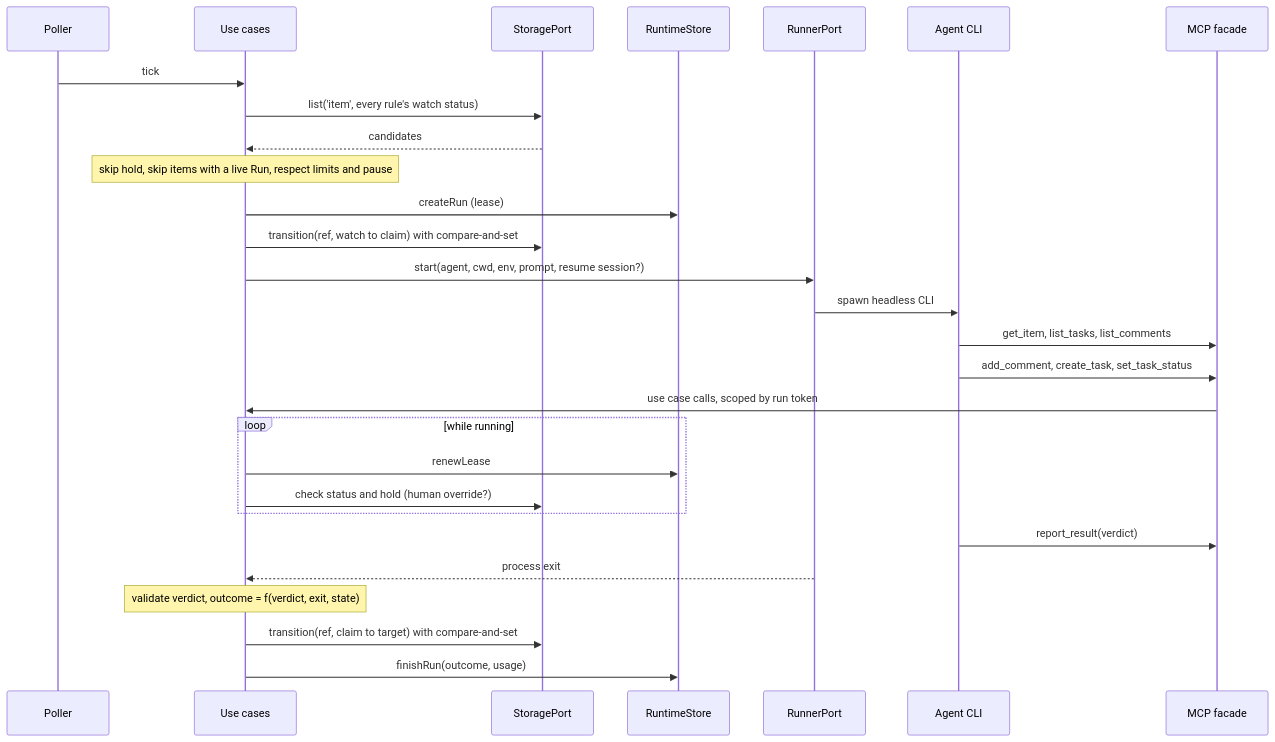
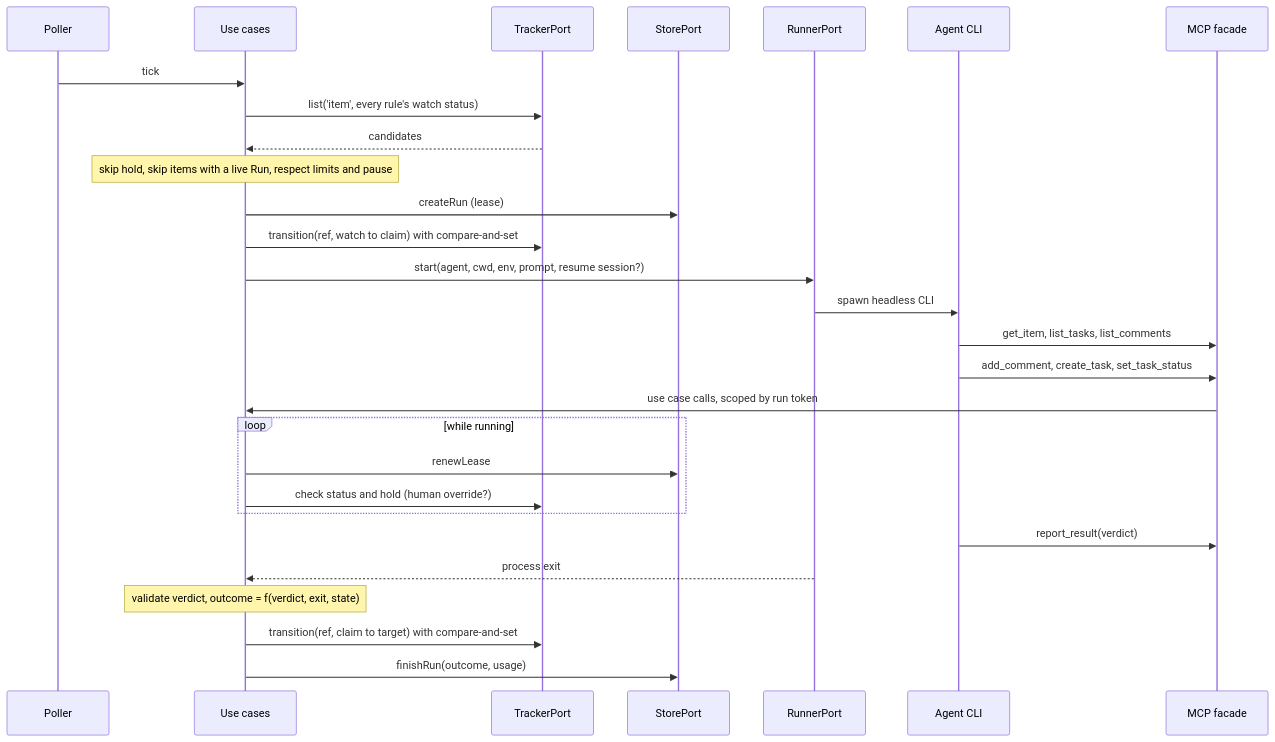
The second of 3 diagrams in docs/architecture.md (bingeli1379/tasuki), drawn with Mermaid before and after one commit. The commit also changed other lines of this file and 11 other files, not shown here.

````diff
--- a/docs/architecture.md
+++ b/docs/architecture.md
@@ -149,31 +149,31 @@
 ```mermaid
 sequenceDiagram
     participant P as Poller
     participant U as Use cases
-    participant S as StoragePort
-    participant R as RuntimeStore
+    participant S as TrackerPort
+    participant R as StorePort
     participant X as RunnerPort
     participant A as Agent CLI
     participant M as MCP facade
 
     P->>U: tick
     U->>S: list('item', every rule's watch status)
     S-->>U: candidates
     Note over U: skip hold, skip items with a live Run, respect limits and pause
     U->>R: createRun (lease)
     U->>S: transition(ref, watch to claim) with compare-and-set
     U->>X: start(agent, cwd, env, prompt, resume session?)
     X->>A: spawn headless CLI
     A->>M: get_item, list_tasks, list_comments
     A->>M: add_comment, create_task, set_task_status
     M->>U: use case calls, scoped by run token
     loop while running
         U->>R: renewLease
         U->>S: check status and hold (human override?)
     end
     A->>M: report_result(verdict)
     X-->>U: process exit
     Note over U: validate verdict, outcome = f(verdict, exit, state)
     U->>S: transition(ref, claim to target) with compare-and-set
     U->>R: finishRun(outcome, usage)
 ```
````
